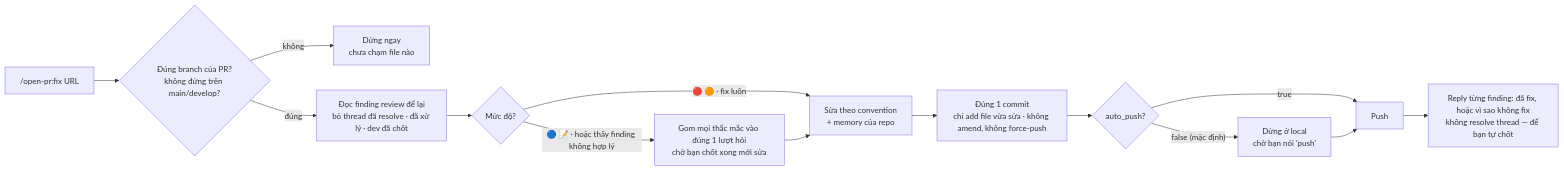
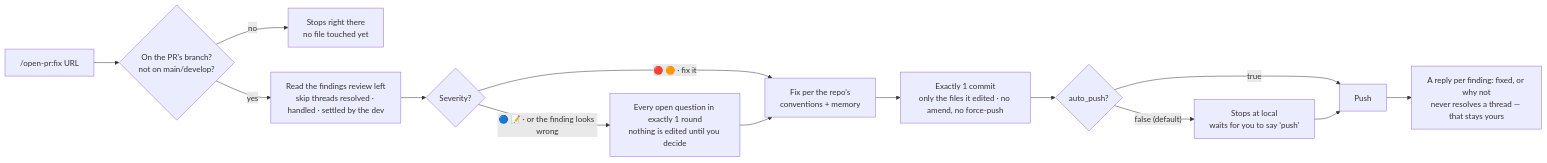
Before and after one commit to TOMOSIA-VIETNAM/open-pr: the third of 3 diagrams in README.md, drawn with Mermaid. The commit also changed other lines of this file and 4 other files, not shown here.

````diff
--- a/README.md
+++ b/README.md
@@ -85,16 +87,16 @@
 ```mermaid
 flowchart LR
-  A["/open-pr:fix URL"] --> B{"Đúng branch của PR?<br/>không đứng trên main/develop?"}
-  B -- không --> C["Dừng ngay<br/>chưa chạm file nào"]
-  B -- đúng --> D["Đọc finding review để lại<br/>bỏ thread đã resolve · đã xử lý · dev đã chốt"]
-  D --> E{Mức độ?}
-  E -- "🔴 🟠 · fix luôn" --> F["Sửa theo convention<br/>+ memory của repo"]
-  E -- "🔵 📝 · hoặc thấy finding không hợp lý" --> G["Gom mọi thắc mắc vào đúng 1 lượt hỏi<br/>chờ bạn chốt xong mới sửa"]
+  A["/open-pr:fix URL"] --> B{"On the PR's branch?<br/>not on main/develop?"}
+  B -- no --> C["Stops right there<br/>no file touched yet"]
+  B -- yes --> D["Read the findings review left<br/>skip threads resolved · handled · settled by the dev"]
+  D --> E{Severity?}
+  E -- "🔴 🟠 · fix it" --> F["Fix per the repo's<br/>conventions + memory"]
+  E -- "🔵 📝 · or the finding looks wrong" --> G["Every open question in exactly 1 round<br/>nothing is edited until you decide"]
   G --> F
-  F --> H["Đúng 1 commit<br/>chỉ add file vừa sửa · không amend, không force-push"]
+  F --> H["Exactly 1 commit<br/>only the files it edited · no amend, no force-push"]
   H --> I{auto_push?}
-  I -- "false (mặc định)" --> J["Dừng ở local<br/>chờ bạn nói 'push'"]
+  I -- "false (default)" --> J["Stops at local<br/>waits for you to say 'push'"]
   I -- true --> K[Push]
   J --> K
-  K --> L["Reply từng finding: đã fix, hoặc vì sao không fix<br/>không resolve thread — để bạn tự chốt"]
+  K --> L["A reply per finding: fixed, or why not<br/>never resolves a thread — that stays yours"]
 ```
````
